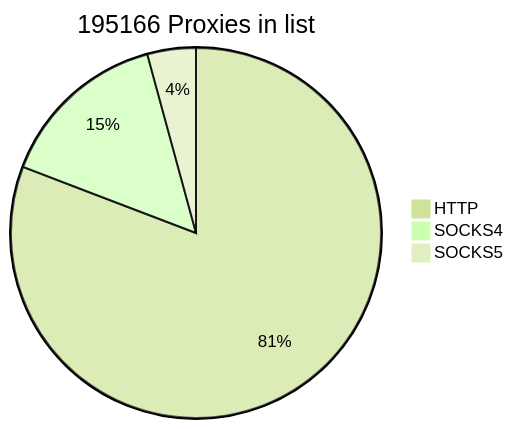
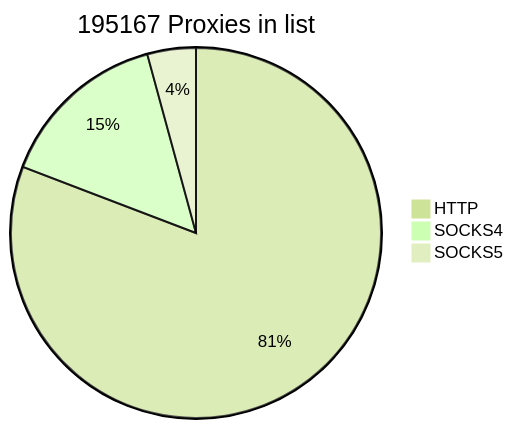
Before and after one commit to cutipu/proxylist: the first of 2 diagrams in README.md, drawn with Mermaid (forest theme). The commit also changed other lines of this file, not shown here.

````diff
--- a/README.md
+++ b/README.md
@@ -2,7 +2,7 @@
 ```mermaid
-pie title 195166 Proxies in list
+pie title 195167 Proxies in list
     "HTTP" : 157704
     "SOCKS4" : 29193
-    "SOCKS5" : 8269
+    "SOCKS5" : 8270
             
 ```
````
